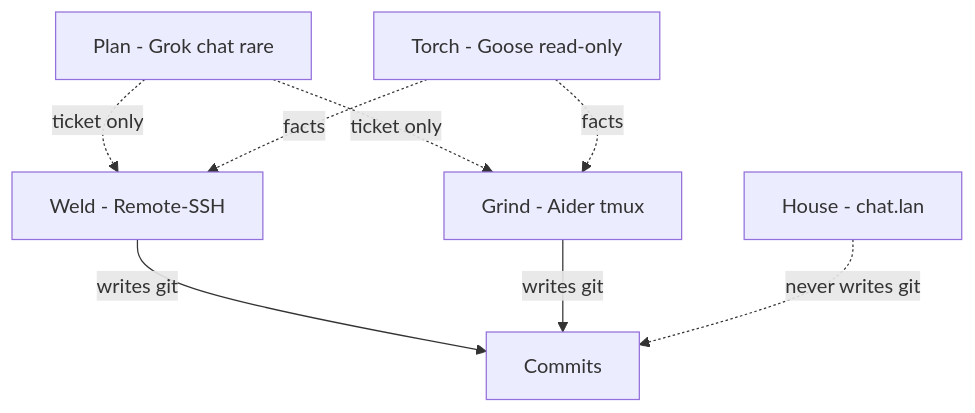
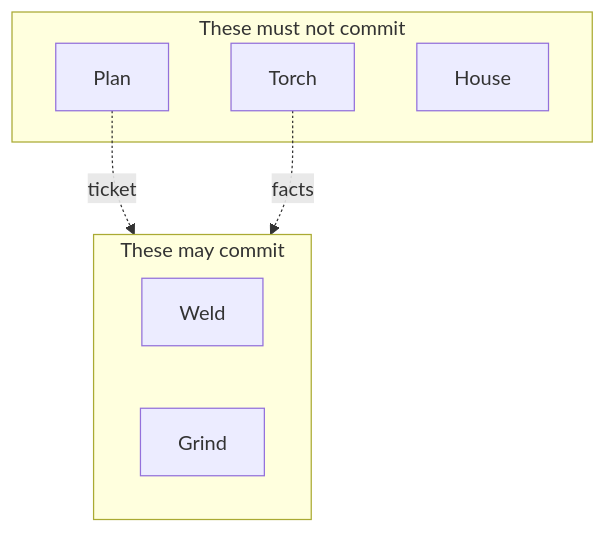
The fourth of 5 diagrams in docs/DEVOPS.md (gordoncooper/jarvis-infra), drawn with Mermaid before and after one commit. The commit also changed other lines of this file, not shown here.

Commit message:
docs: DEVOPS diagrams + day-0 time estimates

````diff
--- a/docs/DEVOPS.md
+++ b/docs/DEVOPS.md
@@ -87,15 +98,14 @@
 ```mermaid
 flowchart TB
-  Plan[Plan - Grok chat rare]
-  Weld[Weld - Remote-SSH]
-  Grind[Grind - Aider tmux]
-  Torch[Torch - Goose read-only]
-  House[House - chat.lan]
-  Plan -.->|ticket only| Weld
-  Plan -.->|ticket only| Grind
-  Torch -.->|facts| Weld
-  Torch -.->|facts| Grind
-  Weld -->|writes git| Git[Commits]
-  Grind -->|writes git| Git
-  House -.->|never writes git| Git
+  subgraph write [These may commit]
+    Weld[Weld]
+    Grind[Grind]
+  end
+  subgraph read [These must not commit]
+    Plan[Plan]
+    Torch[Torch]
+    House[House]
+  end
+  Plan -.->|ticket| write
+  Torch -.->|facts| write
 ```
````
